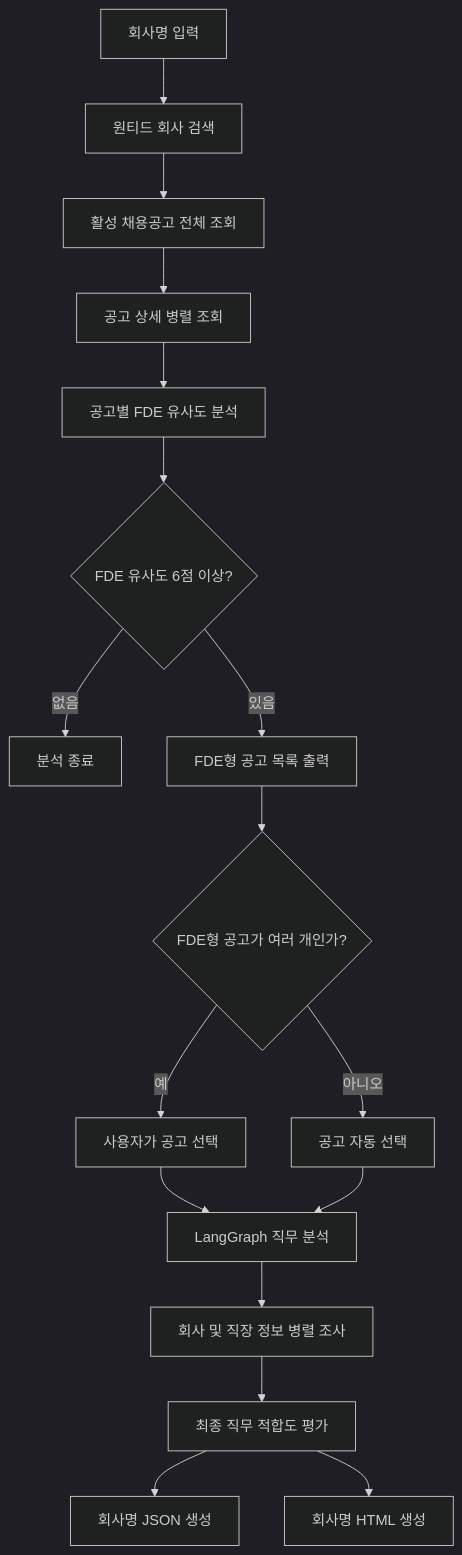
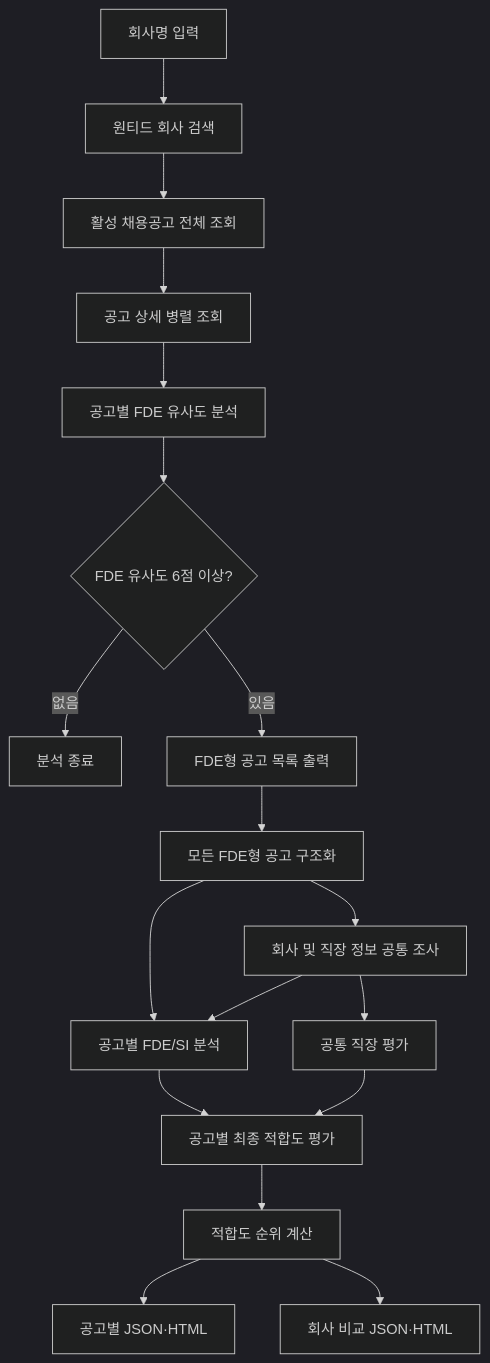
One commit to surus213/fde_fit changed the second of 3 diagrams in README.md. Above: the diagram before and after it, drawn with Mermaid (dark theme). The commit also changed other lines of this file and 7 other files, not shown here.

````diff
--- a/README.md
+++ b/README.md
@@ -51,22 +54,22 @@
 ```mermaid
 flowchart TD
     A[회사명 입력] --> B[원티드 회사 검색]
     B --> C[활성 채용공고 전체 조회]
     C --> D[공고 상세 병렬 조회]
     D --> E[공고별 FDE 유사도 분석]
 
     E --> F{FDE 유사도 6점 이상?}
     F -- 없음 --> G[분석 종료]
     F -- 있음 --> H[FDE형 공고 목록 출력]
 
-    H --> I{FDE형 공고가 여러 개인가?}
-    I -- 예 --> J[사용자가 공고 선택]
-    I -- 아니오 --> K[공고 자동 선택]
-    J --> L[LangGraph 직무 분석]
-    K --> L
-
-    L --> M[회사 및 직장 정보 병렬 조사]
-    M --> N[최종 직무 적합도 평가]
-    N --> O[회사명 JSON 생성]
-    N --> P[회사명 HTML 생성]
+    H --> I[모든 FDE형 공고 구조화]
+    I --> J[회사 및 직장 정보 공통 조사]
+    I --> K[공고별 FDE/SI 분석]
+    J --> K
+    J --> L[공통 직장 평가]
+    K --> M[공고별 최종 적합도 평가]
+    L --> M
+    M --> N[적합도 순위 계산]
+    N --> O[공고별 JSON·HTML]
+    N --> P[회사 비교 JSON·HTML]
 ```
````
